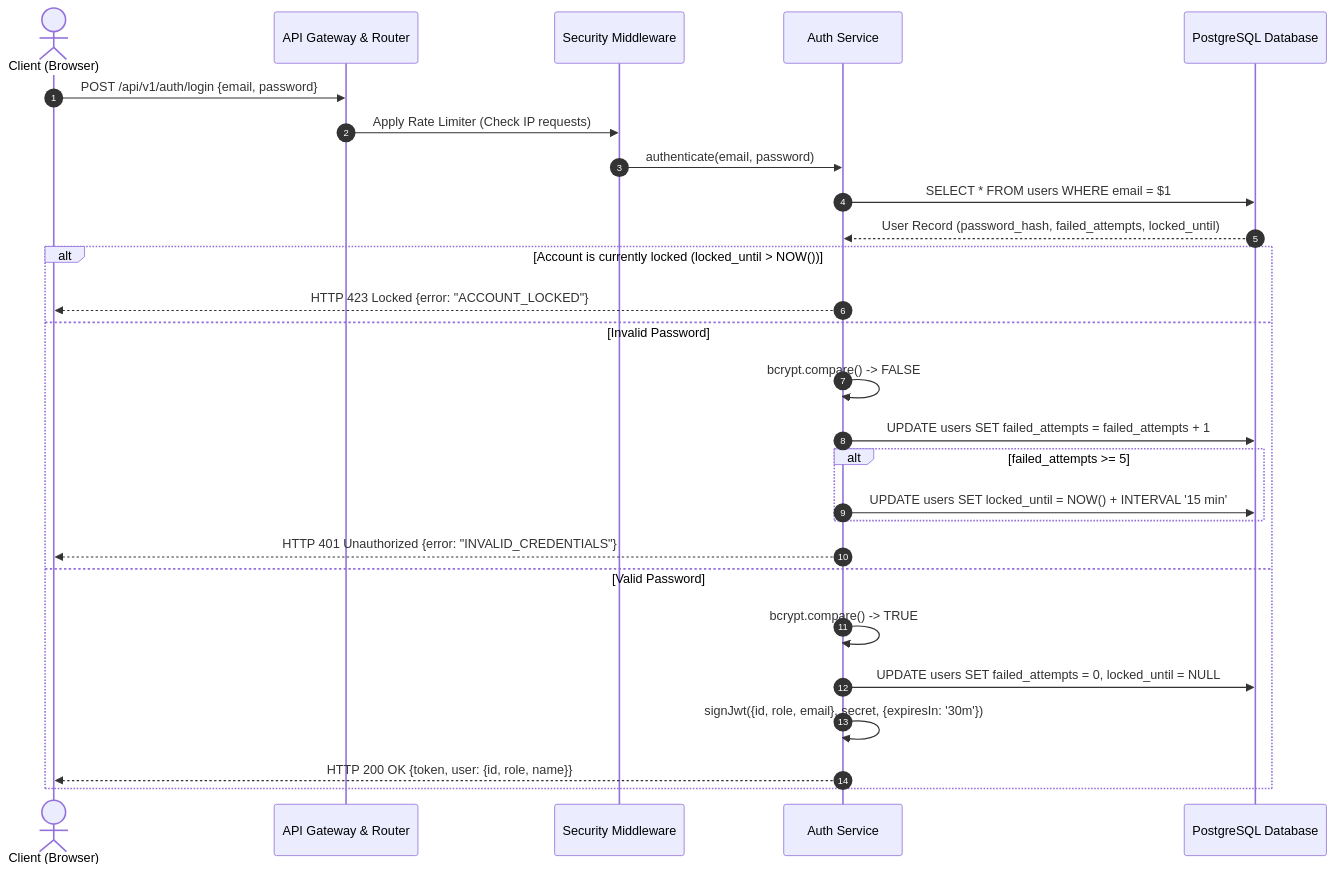
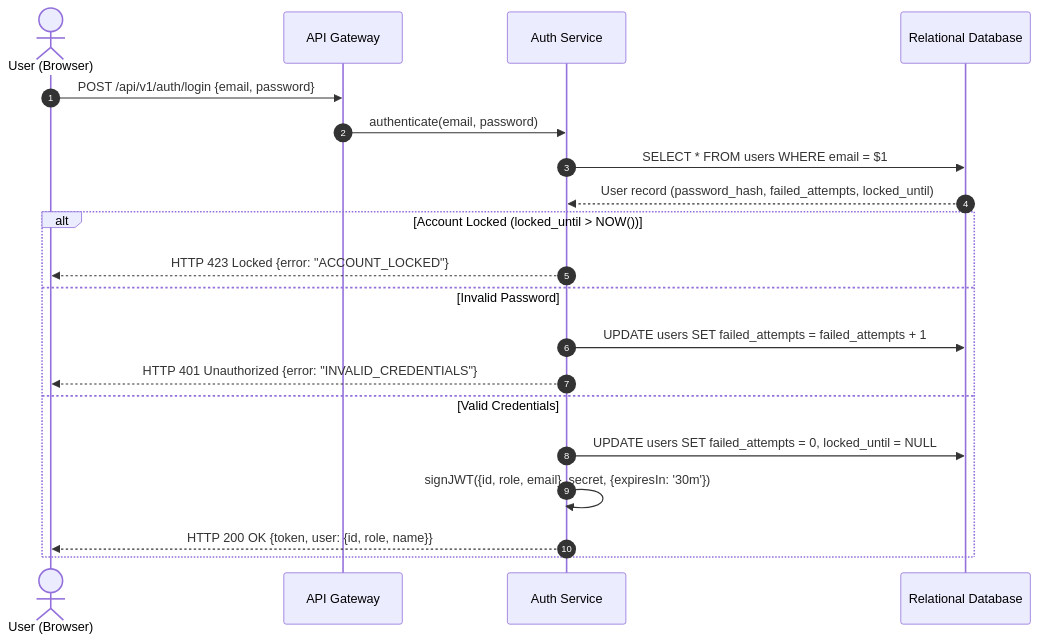
One commit to Nagashri2304/student-record-system changed the third of 6 diagrams in docs/3_ArchitectureDesign_StudentRecordSystem.md. Above: the diagram before and after it, drawn with Mermaid. The commit also changed other lines of this file and 7 other files, not shown here.

````diff
--- a/docs/3_ArchitectureDesign_StudentRecordSystem.md
+++ b/docs/3_ArchitectureDesign_StudentRecordSystem.md
@@ -349,31 +172,24 @@
 ```mermaid
 sequenceDiagram
     autonumber
-    actor User as Client (Browser)
-    participant GW as API Gateway & Router
-    participant AuthMW as Security Middleware
-    participant Service as Auth Service
-    participant DB as PostgreSQL Database
+    actor Client as User (Browser)
+    participant GW as API Gateway
+    participant Auth as Auth Service
+    participant DB as Relational Database
 
-    User->>GW: POST /api/v1/auth/login {email, password}
-    GW->>AuthMW: Apply Rate Limiter (Check IP requests)
-    AuthMW->>Service: authenticate(email, password)
-    Service->>DB: SELECT * FROM users WHERE email = $1
-    DB-->>Service: User Record (password_hash, failed_attempts, locked_until)
-    
-    alt Account is currently locked (locked_until > NOW())
-        Service-->>User: HTTP 423 Locked {error: "ACCOUNT_LOCKED"}
+    Client->>GW: POST /api/v1/auth/login {email, password}
+    GW->>Auth: authenticate(email, password)
+    Auth->>DB: SELECT * FROM users WHERE email = $1
+    DB-->>Auth: User record (password_hash, failed_attempts, locked_until)
+
+    alt Account Locked (locked_until > NOW())
+        Auth-->>Client: HTTP 423 Locked {error: "ACCOUNT_LOCKED"}
     else Invalid Password
-        Service->>Service: bcrypt.compare() -> FALSE
-        Service->>DB: UPDATE users SET failed_attempts = failed_attempts + 1
-        alt failed_attempts >= 5
-            Service->>DB: UPDATE users SET locked_until = NOW() + INTERVAL '15 min'
-        end
-        Service-->>User: HTTP 401 Unauthorized {error: "INVALID_CREDENTIALS"}
-    else Valid Password
-        Service->>Service: bcrypt.compare() -> TRUE
-        Service->>DB: UPDATE users SET failed_attempts = 0, locked_until = NULL
-        Service->>Service: signJwt({id, role, email}, secret, {expiresIn: '30m'})
-        Service-->>User: HTTP 200 OK {token, user: {id, role, name}}
+        Auth->>DB: UPDATE users SET failed_attempts = failed_attempts + 1
+        Auth-->>Client: HTTP 401 Unauthorized {error: "INVALID_CREDENTIALS"}
+    else Valid Credentials
+        Auth->>DB: UPDATE users SET failed_attempts = 0, locked_until = NULL
+        Auth->>Auth: signJWT({id, role, email}, secret, {expiresIn: '30m'})
+        Auth-->>Client: HTTP 200 OK {token, user: {id, role, name}}
     end
 ```
````
